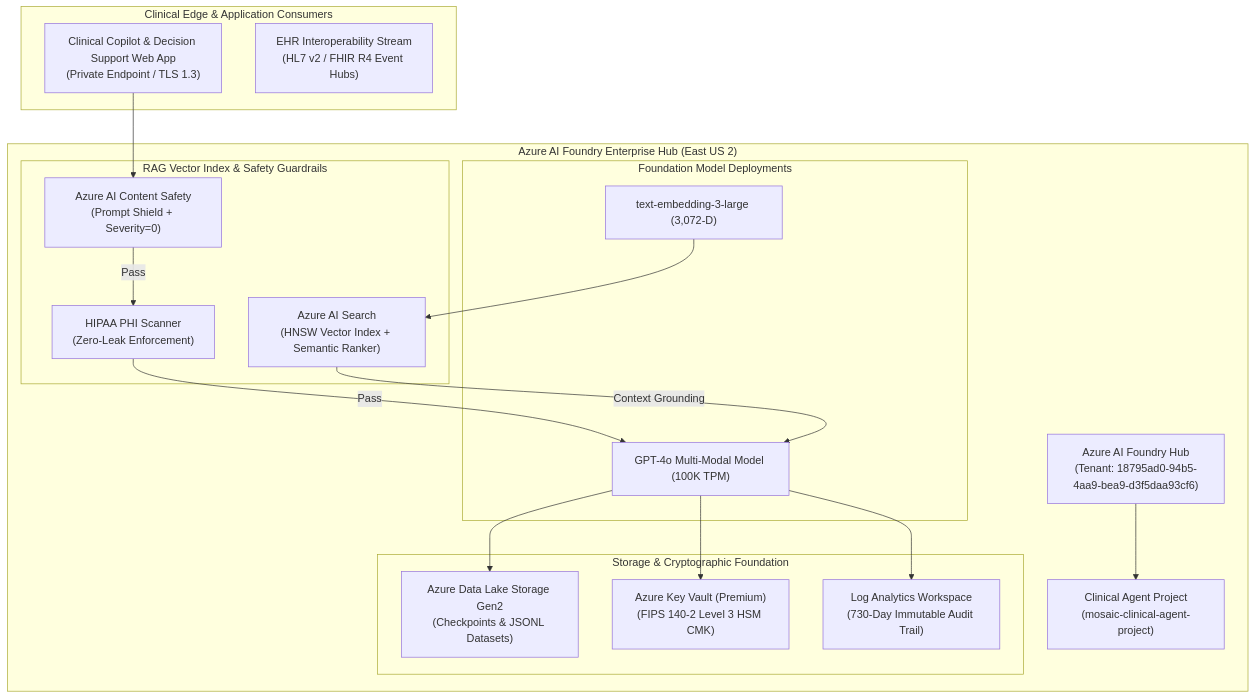
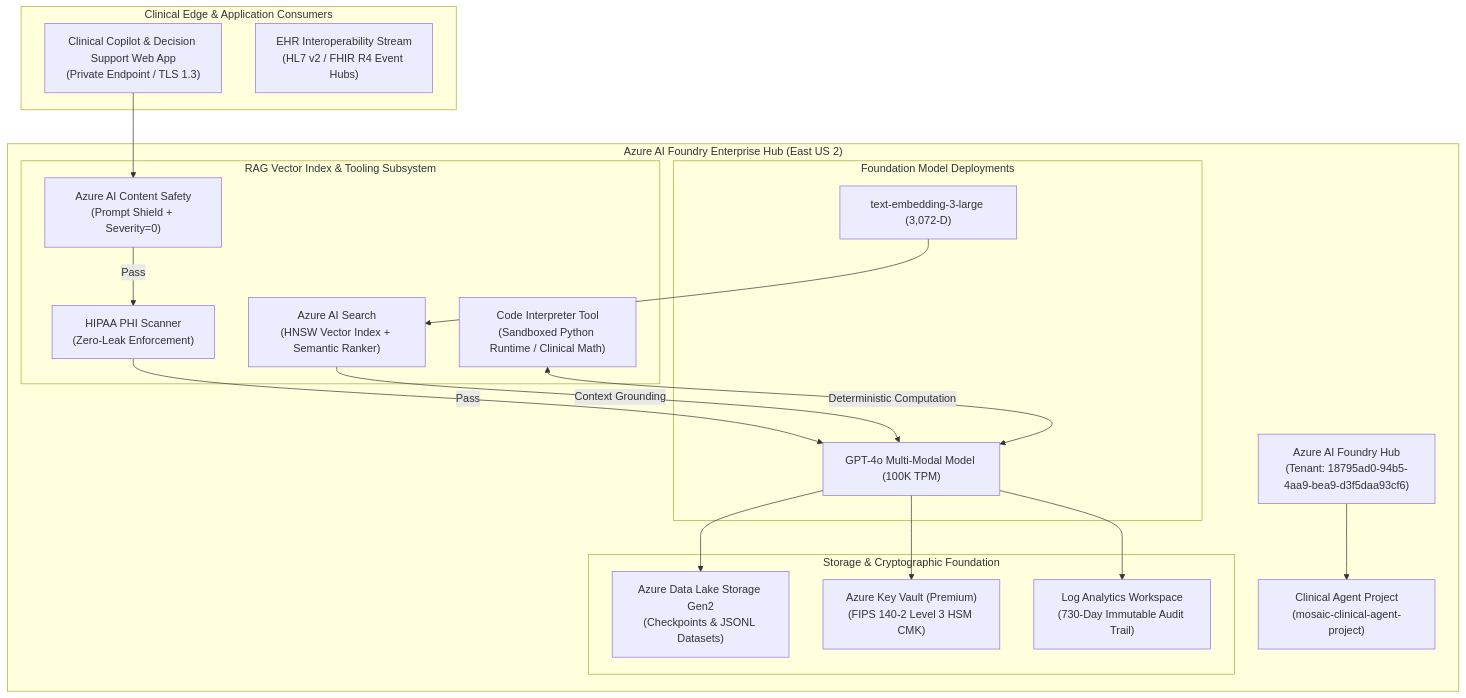
Before and after one commit to FreeFades2Black/mosaic-azure-ai-model-factory: the diagram in README.md, drawn with Mermaid. The commit also changed other lines of this file and 7 other files, not shown here.

Commit message:
feat(tools): add sandboxed Code Interpreter tool, Clinical Analyst Agent, and formula suite

````diff
--- a/README.md
+++ b/README.md
@@ -25,39 +25,41 @@
 ```mermaid
 graph TD
     subgraph "Clinical Edge & Application Consumers"
         ClinicianApp["Clinical Copilot & Decision Support Web App<br/>(Private Endpoint / TLS 1.3)"]
         EHRStream["EHR Interoperability Stream<br/>(HL7 v2 / FHIR R4 Event Hubs)"]
     end
 
     subgraph "Azure AI Foundry Enterprise Hub (East US 2)"
         AIHub["Azure AI Foundry Hub<br/>(Tenant: 18795ad0-94b5-4aa9-bea9-d3f5daa93cf6)"]
         AIProject["Clinical Agent Project<br/>(mosaic-clinical-agent-project)"]
         AIHub --> AIProject
 
         subgraph "Foundation Model Deployments"
             GPT4o["GPT-4o Multi-Modal Model (100K TPM)"]
             EmbeddingModel["text-embedding-3-large (3,072-D)"]
         end
 
-        subgraph "RAG Vector Index & Safety Guardrails"
+        subgraph "RAG Vector Index & Tooling Subsystem"
             AISearch["Azure AI Search<br/>(HNSW Vector Index + Semantic Ranker)"]
+            CodeInterpreter["Code Interpreter Tool<br/>(Sandboxed Python Runtime / Clinical Math)"]
             SafetyShield["Azure AI Content Safety<br/>(Prompt Shield + Severity=0)"]
             PHIScan["HIPAA PHI Scanner<br/>(Zero-Leak Enforcement)"]
         end
 
         subgraph "Storage & Cryptographic Foundation"
             Storage["Azure Data Lake Storage Gen2<br/>(Checkpoints & JSONL Datasets)"]
             KeyVault["Azure Key Vault (Premium)<br/>(FIPS 140-2 Level 3 HSM CMK)"]
             LAW["Log Analytics Workspace<br/>(730-Day Immutable Audit Trail)"]
         end
     end
 
     ClinicianApp --> SafetyShield
     SafetyShield -->|Pass| PHIScan
     PHIScan -->|Pass| GPT4o
     AISearch -->|Context Grounding| GPT4o
+    CodeInterpreter <-->|Deterministic Computation| GPT4o
     EmbeddingModel --> AISearch
     GPT4o --> Storage
     GPT4o --> KeyVault
     GPT4o --> LAW
 ```
````
